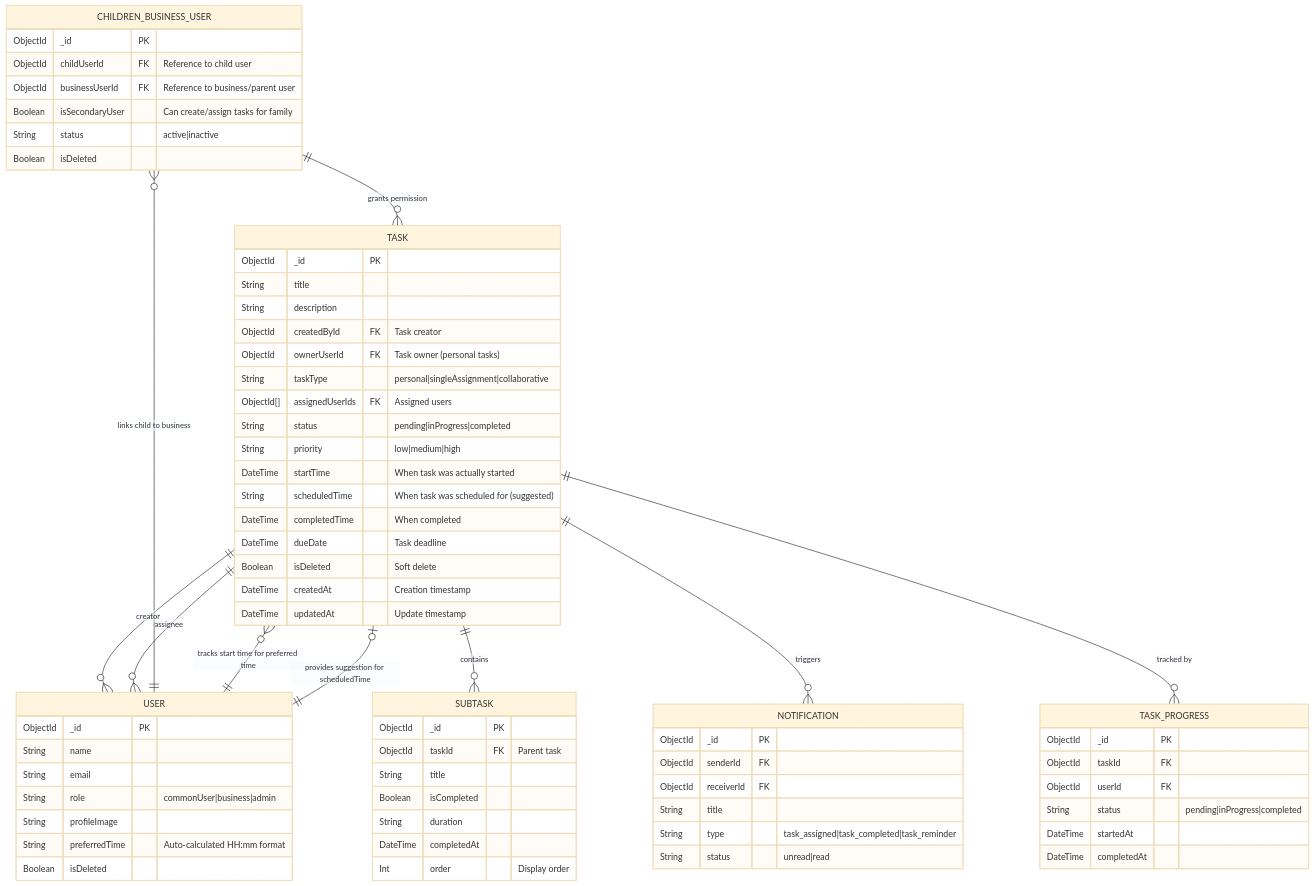
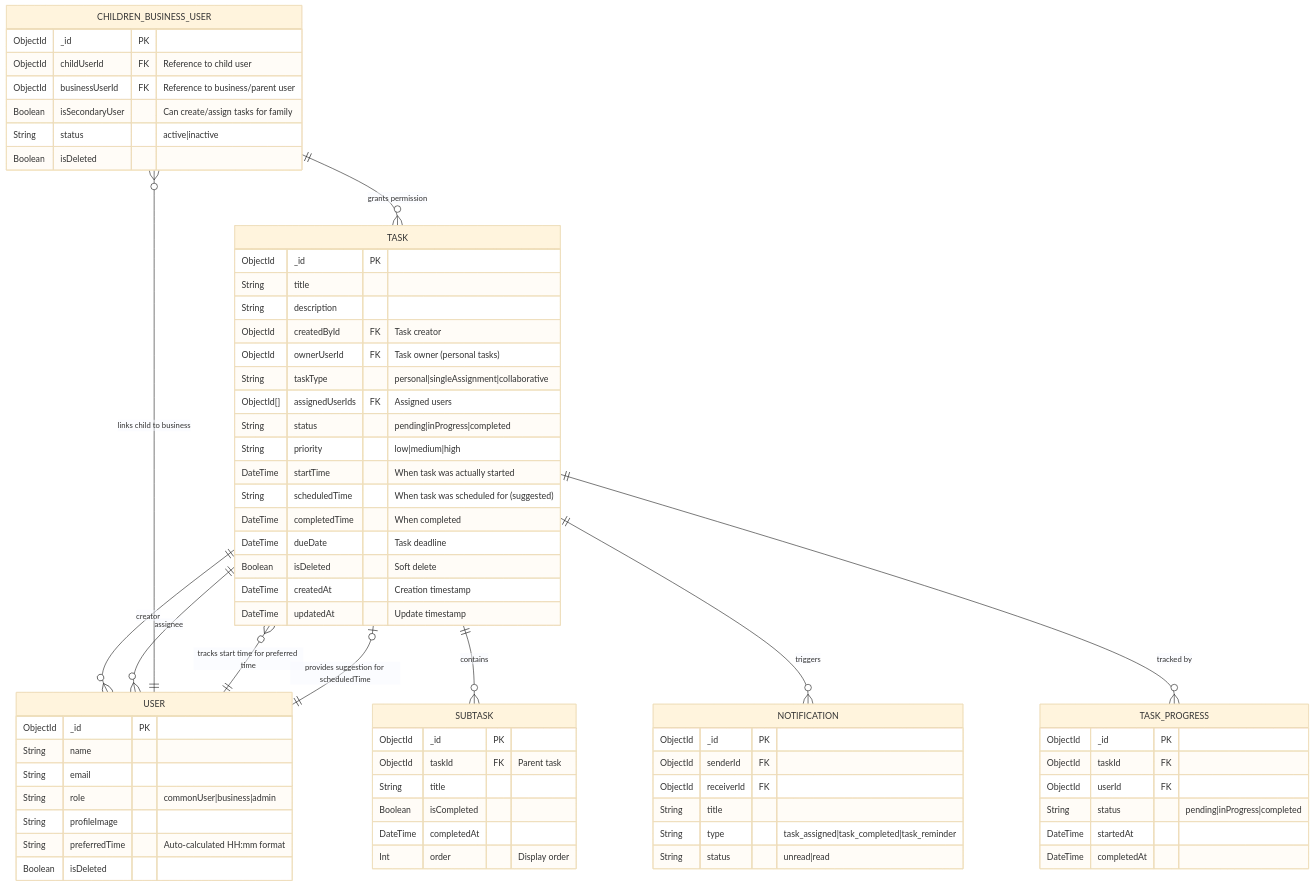
The diagram in task-management-backend-template/src/modules/task.module/doc/dia/task-schema-V2-14-03-26.mermaid (MohammadSheakh/task-management), drawn with Mermaid (base theme) before and after one commit. The commit also changed 30 other files, not shown here.

```diff
--- a/task-management-backend-template/src/modules/task.module/doc/dia/task-schema-V2-14-03-26.mermaid
+++ b/task-management-backend-template/src/modules/task.module/doc/dia/task-schema-V2-14-03-26.mermaid
@@ -1,86 +1,85 @@
 erDiagram
     TASK ||--o{ USER : "creator"
     TASK ||--o{ USER : "assignee"
     TASK ||--o{ SUBTASK : "contains"
     TASK ||--o{ NOTIFICATION : "triggers"
     TASK ||--o{ TASK_PROGRESS : "tracked by"
 
     CHILDREN_BUSINESS_USER ||--o{ TASK : "grants permission"
     CHILDREN_BUSINESS_USER }o--|| USER : "links child to business"
 
     USER ||--o{ TASK : "tracks start time for preferred time"
     USER ||--o| TASK : "provides suggestion for scheduledTime"
 
     TASK {
         ObjectId _id PK
         String title
         String description
         ObjectId createdById FK "Task creator"
         ObjectId ownerUserId FK "Task owner (personal tasks)"
         String taskType "personal|singleAssignment|collaborative"
         ObjectId[] assignedUserIds FK "Assigned users"
         String status "pending|inProgress|completed"
         String priority "low|medium|high"
         DateTime startTime "When task was actually started"
         String scheduledTime "When task was scheduled for (suggested)"
         DateTime completedTime "When completed"
         DateTime dueDate "Task deadline"
         Boolean isDeleted "Soft delete"
         DateTime createdAt "Creation timestamp"
         DateTime updatedAt "Update timestamp"
     }
 
     SUBTASK {
         ObjectId _id PK
         ObjectId taskId FK "Parent task"
         String title
         Boolean isCompleted
-        String duration
         DateTime completedAt
         Int order "Display order"
     }
 
     USER {
         ObjectId _id PK
         String name
         String email
         String role "commonUser|business|admin"
         String profileImage
         String preferredTime "Auto-calculated HH:mm format"
         Boolean isDeleted
     }
 
     CHILDREN_BUSINESS_USER {
         ObjectId _id PK
         ObjectId childUserId FK "Reference to child user"
         ObjectId businessUserId FK "Reference to business/parent user"
         Boolean isSecondaryUser "Can create/assign tasks for family"
         String status "active|inactive"
         Boolean isDeleted
     }
 
     NOTIFICATION {
         ObjectId _id PK
         ObjectId senderId FK
         ObjectId receiverId FK
         String title
         String type "task_assigned|task_completed|task_reminder"
         String status "unread|read"
     }
 
     TASK_PROGRESS {
         ObjectId _id PK
         ObjectId taskId FK
         ObjectId userId FK
         String status "pending|inProgress|completed"
         DateTime startedAt
         DateTime completedAt
     }
 
     %% Indexes
     %% createdById_1_status_1_isDeleted_1_startTime_-1
     %% ownerUserId_1_status_1_isDeleted_1_startTime_-1
     %% assignedUserIds_1_status_1_isDeleted_1
     %% startTime_1_isDeleted_1
     %% preferredTime_1_isDeleted_1 (User collection)
     %% childUserId_1_businessUserId_1 (ChildrenBusinessUser collection)
```
